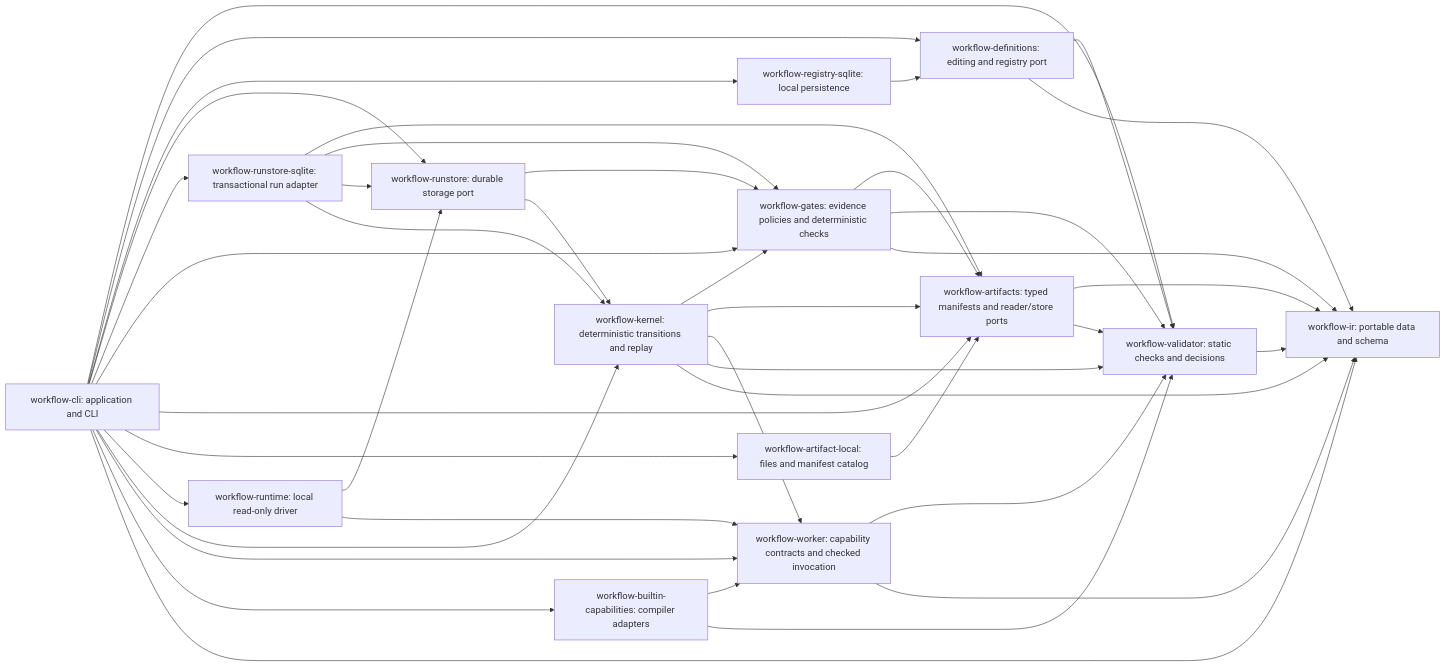
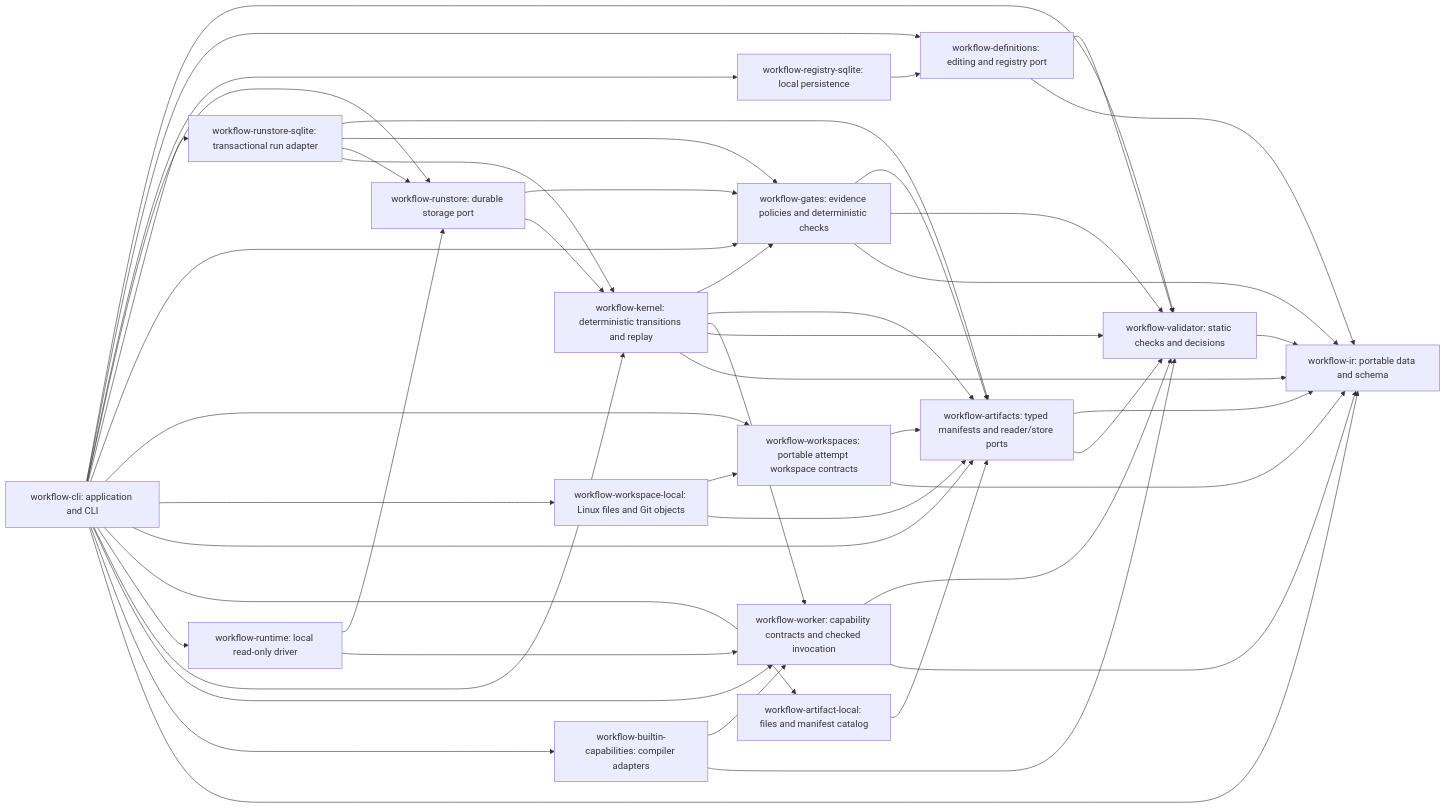
The diagram in docs/roadmap.md (coolplayagent/workflow-cli), drawn with Mermaid before and after one commit. The commit also changed other lines of this file and 36 other files, not shown here.

````diff
--- a/docs/roadmap.md
+++ b/docs/roadmap.md
@@ -8,43 +8,49 @@
 ```mermaid
 flowchart LR
     CLI[workflow-cli: application and CLI] --> V[workflow-validator: static checks and decisions]
     CLI --> D[workflow-definitions: editing and registry port]
     CLI --> S[workflow-registry-sqlite: local persistence]
     CLI --> RS[workflow-runstore: durable storage port]
     CLI --> DB[workflow-runstore-sqlite: transactional run adapter]
     CLI --> G[workflow-gates: evidence policies and deterministic checks]
     G --> A
     G --> V
     G --> IR
+    CLI --> WS[workflow-workspaces: portable attempt workspace contracts]
+    CLI --> WL[workflow-workspace-local: Linux files and Git objects]
+    WL --> WS
+    WL --> A
+    WS --> A
+    WS --> IR
     CLI --> A[workflow-artifacts: typed manifests and reader/store ports]
     CLI --> AF[workflow-artifact-local: files and manifest catalog]
     AF --> A
     DB --> A
     DB --> G
     RS --> G
     K --> G
     K --> A
     A --> IR
     A --> V
     CLI --> RT[workflow-runtime: local read-only driver]
     RT --> RS
     RT --> W
     DB --> RS
     DB --> K
     RS --> K
     CLI --> K[workflow-kernel: deterministic transitions and replay]
     K --> W
     K --> V
     K --> IR
     CLI --> W[workflow-worker: capability contracts and checked invocation]
     CLI --> B[workflow-builtin-capabilities: compiler adapters]
     B --> W
     B --> V
     W --> V
     W --> IR
     S --> D
     D --> V
     D --> IR[workflow-ir: portable data and schema]
     CLI --> IR
     V --> IR
 ```
````
